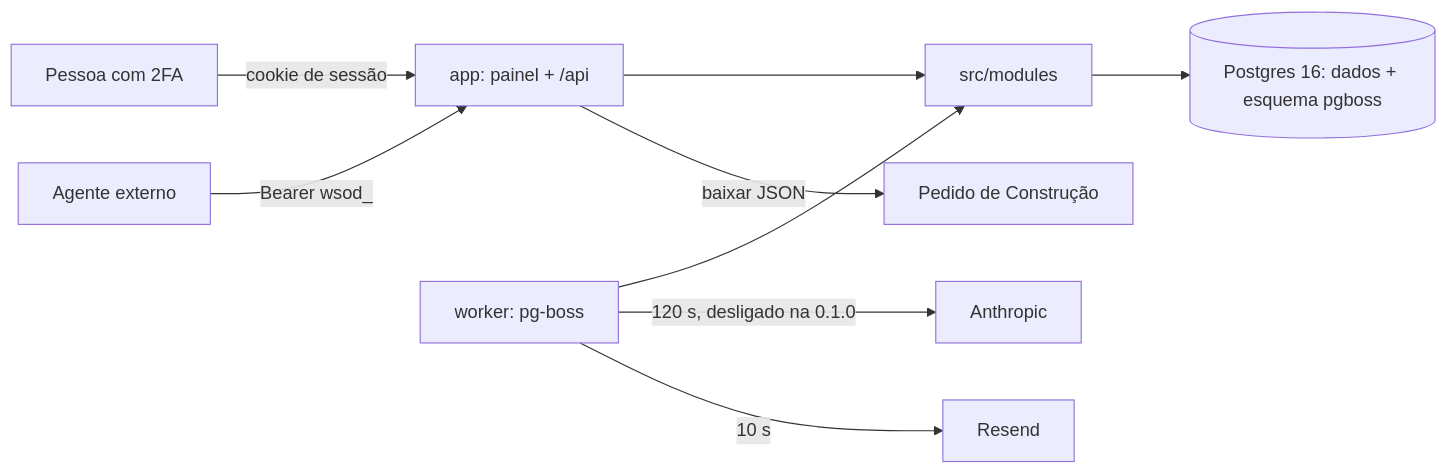
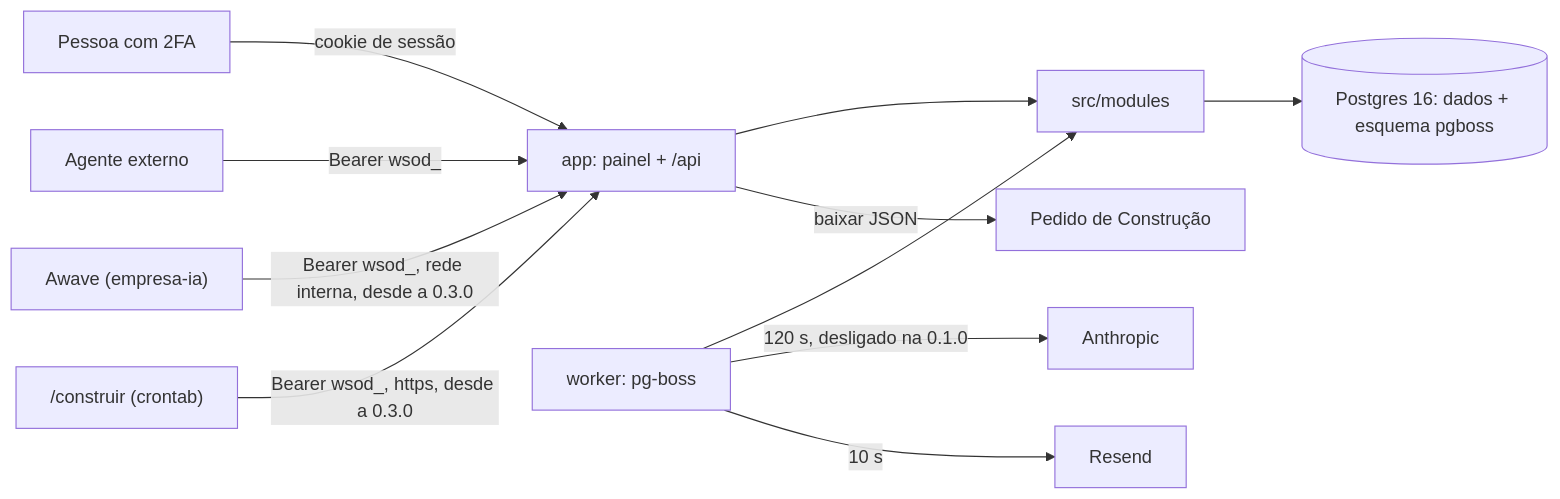
One commit to wsssistemas2626-crypto/ws-orquestrador-demandas changed the diagram in docs/manual-tecnico/01-arquitetura.md. Above: the diagram before and after it, drawn with Mermaid. The commit also changed other lines of this file and 14 other files, not shown here.

````diff
--- a/docs/manual-tecnico/01-arquitetura.md
+++ b/docs/manual-tecnico/01-arquitetura.md
@@ -24,11 +24,13 @@
 ```mermaid
 flowchart LR
   P[Pessoa com 2FA] -->|cookie de sessão| APP
   AE[Agente externo] -->|Bearer wsod_| APP
+  AW["Awave (empresa-ia)"] -->|"Bearer wsod_, rede interna, desde a 0.3.0"| APP
+  CO["/construir (crontab)"] -->|"Bearer wsod_, https, desde a 0.3.0"| APP
   APP[app: painel + /api] --> MOD[src/modules]
   WK[worker: pg-boss] --> MOD
   MOD --> DB[(Postgres 16: dados + esquema pgboss)]
   WK -->|120 s, desligado na 0.1.0| ANT[Anthropic]
   WK -->|10 s| RES[Resend]
   APP -->|baixar JSON| PC[Pedido de Construção]
 ```
````
